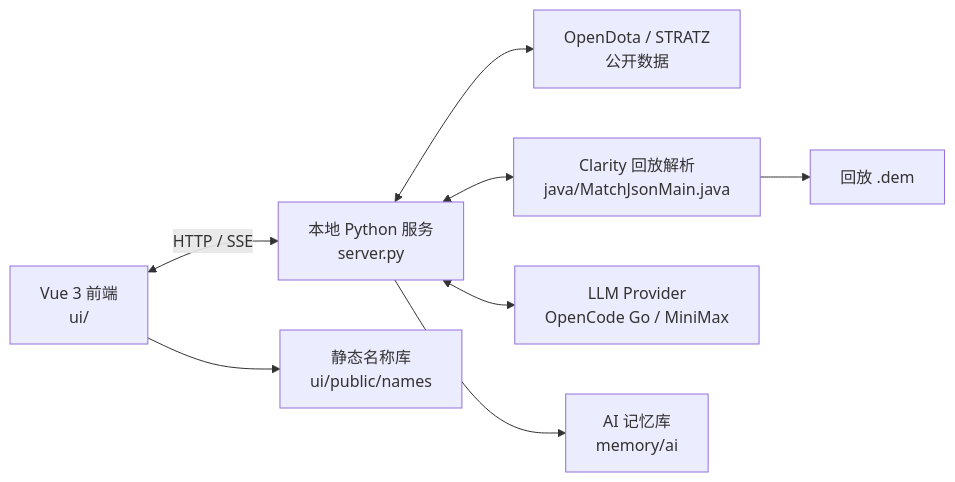
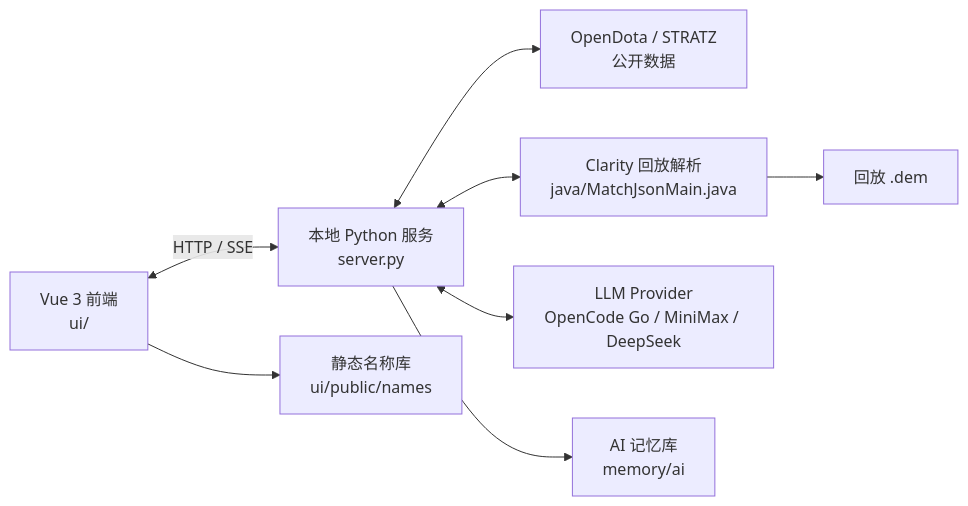
One commit to LiBaiQiYu/TrueSight changed the diagram in README.md. Above: the diagram before and after it, drawn with Mermaid. The commit also changed other lines of this file and 8 other files, not shown here.

Commit message:
feat: add DeepSeek official API provider

````diff
--- a/README.md
+++ b/README.md
@@ -134,10 +134,10 @@
 ```mermaid
 flowchart LR
   A["Vue 3 前端<br/>ui/"] <-->|HTTP / SSE| B["本地 Python 服务<br/>server.py"]
   B <--> C["OpenDota / STRATZ<br/>公开数据"]
   B <--> D["Clarity 回放解析<br/>java/MatchJsonMain.java"]
   D --> E["回放 .dem"]
-  B <--> F["LLM Provider<br/>OpenCode Go / MiniMax"]
+  B <--> F["LLM Provider<br/>OpenCode Go / MiniMax / DeepSeek"]
   A --> G["静态名称库<br/>ui/public/names"]
   B --> H["AI 记忆库<br/>memory/ai"]
 ```
````
